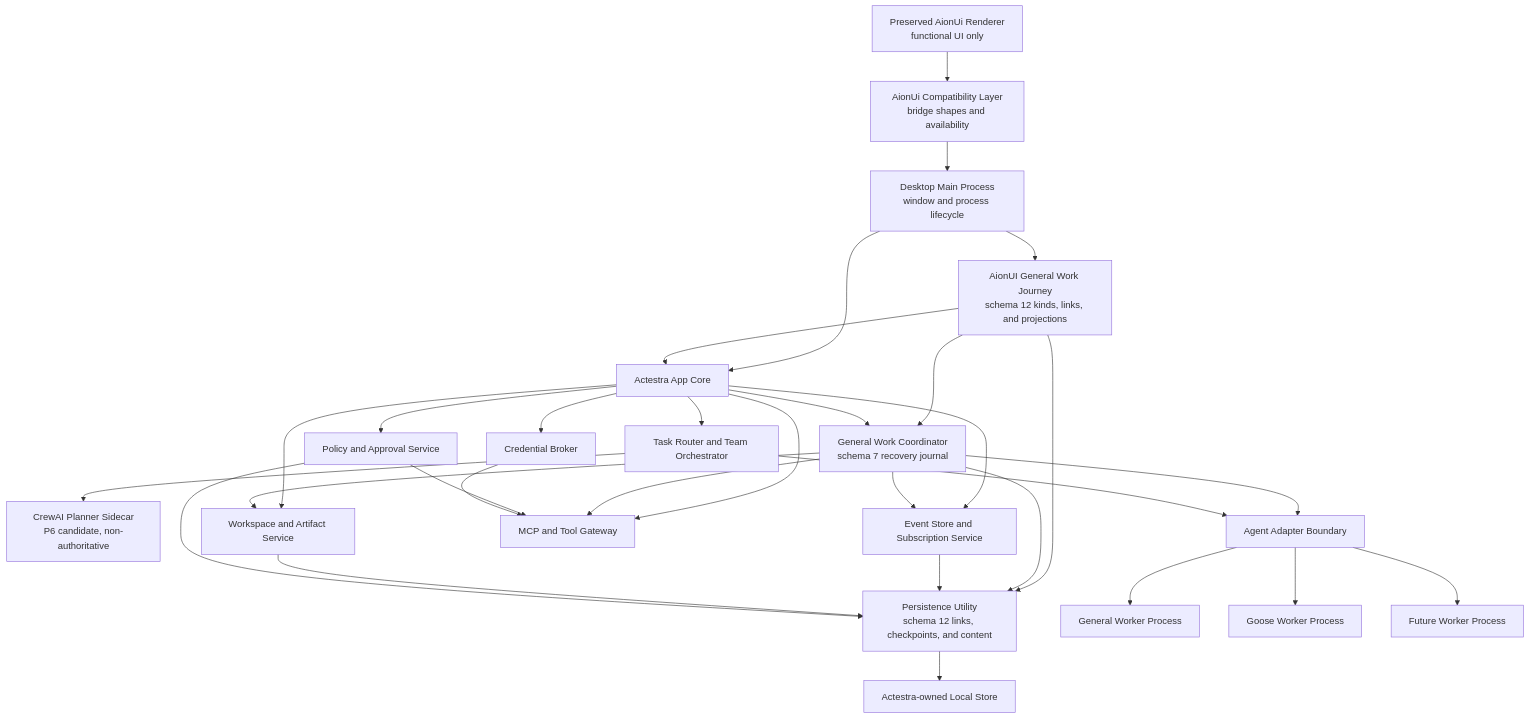
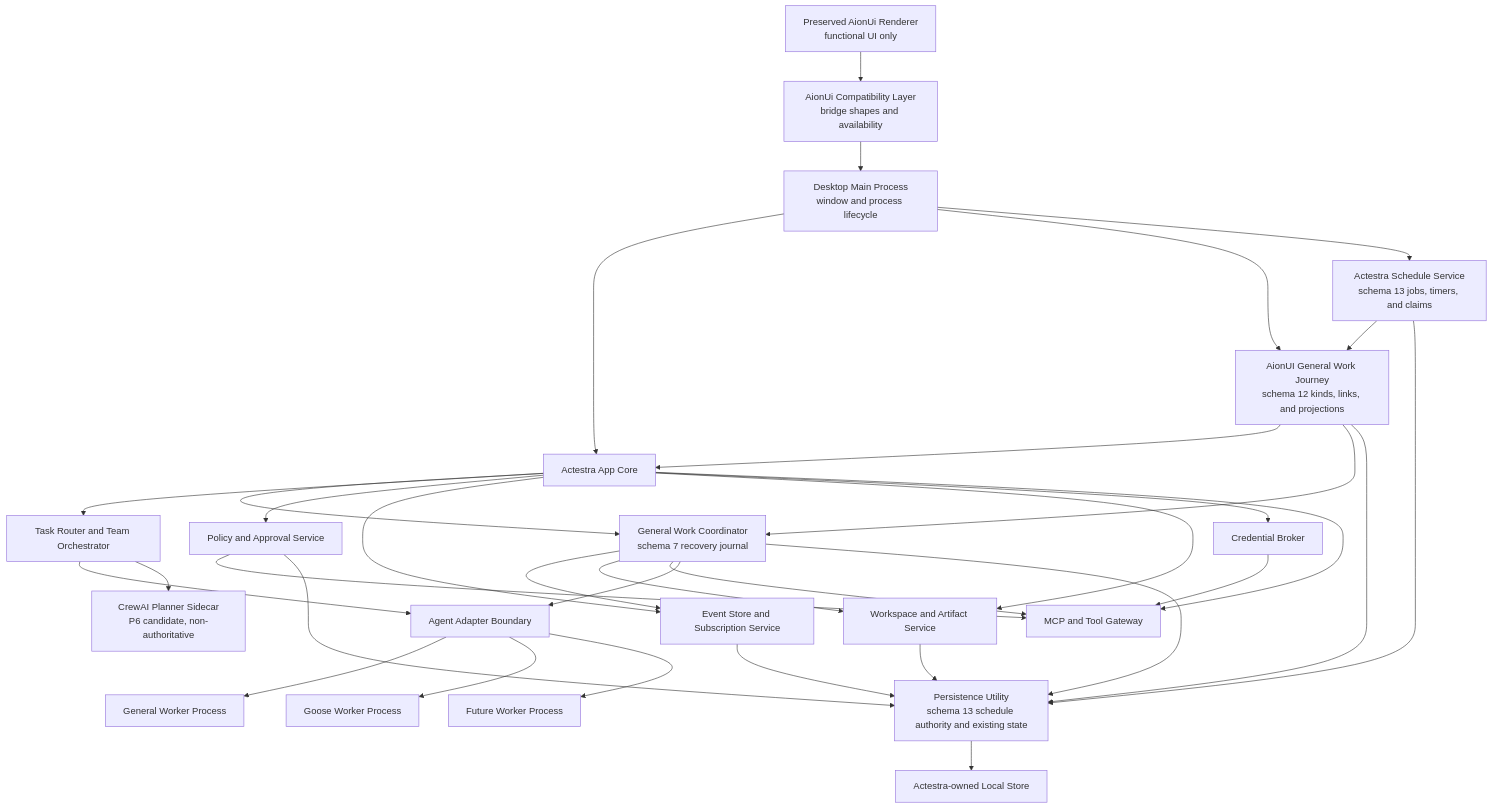
One commit to Ablankpaper/actestra-desktop changed the diagram in docs/architecture/SYSTEM_OVERVIEW.md. Above: the diagram before and after it, drawn with Mermaid. The commit also changed other lines of this file and 51 other files, not shown here.

````diff
--- a/docs/architecture/SYSTEM_OVERVIEW.md
+++ b/docs/architecture/SYSTEM_OVERVIEW.md
@@ -19,53 +21,57 @@
 ```mermaid
 flowchart TD
     RENDERER["Preserved AionUi Renderer\nfunctional UI only"]
     COMPAT["AionUi Compatibility Layer\nbridge shapes and availability"]
     MAIN["Desktop Main Process\nwindow and process lifecycle"]
     CORE["Actestra App Core"]
     JOURNEY["AionUI General Work Journey\nschema 12 kinds, links, and projections"]
+    SCHEDULE["Actestra Schedule Service\nschema 13 jobs, timers, and claims"]
     RECOVERY["General Work Coordinator\nschema 7 recovery journal"]
     ROUTER["Task Router and Team Orchestrator"]
     PLANNER["CrewAI Planner Sidecar\nP6 candidate, non-authoritative"]
     POLICY["Policy and Approval Service"]
     EVENTS["Event Store and Subscription Service"]
     ARTIFACTS["Workspace and Artifact Service"]
     CREDS["Credential Broker"]
     TOOLS["MCP and Tool Gateway"]
-    PERSIST["Persistence Utility\nschema 12 links, checkpoints, and content"]
+    PERSIST["Persistence Utility\nschema 13 schedule authority and existing state"]
     ADAPTERS["Agent Adapter Boundary"]
     GENERAL["General Worker Process"]
     GOOSE["Goose Worker Process"]
     FUTURE["Future Worker Process"]
     STORE["Actestra-owned Local Store"]
 
     RENDERER --> COMPAT
     COMPAT --> MAIN
     MAIN --> CORE
     MAIN --> JOURNEY
+    MAIN --> SCHEDULE
     JOURNEY --> CORE
     JOURNEY --> RECOVERY
     JOURNEY --> PERSIST
+    SCHEDULE --> JOURNEY
+    SCHEDULE --> PERSIST
     CORE --> RECOVERY
     CORE --> ROUTER
     CORE --> POLICY
     CORE --> EVENTS
     CORE --> ARTIFACTS
     CORE --> CREDS
     CORE --> TOOLS
     RECOVERY --> EVENTS
     RECOVERY --> ARTIFACTS
     RECOVERY --> TOOLS
     RECOVERY --> ADAPTERS
     RECOVERY --> PERSIST
     ROUTER --> ADAPTERS
     ROUTER --> PLANNER
     ADAPTERS --> GENERAL
     ADAPTERS --> GOOSE
     ADAPTERS --> FUTURE
     POLICY --> TOOLS
     CREDS --> TOOLS
     EVENTS --> PERSIST
     ARTIFACTS --> PERSIST
     POLICY --> PERSIST
     PERSIST --> STORE
 ```
````
